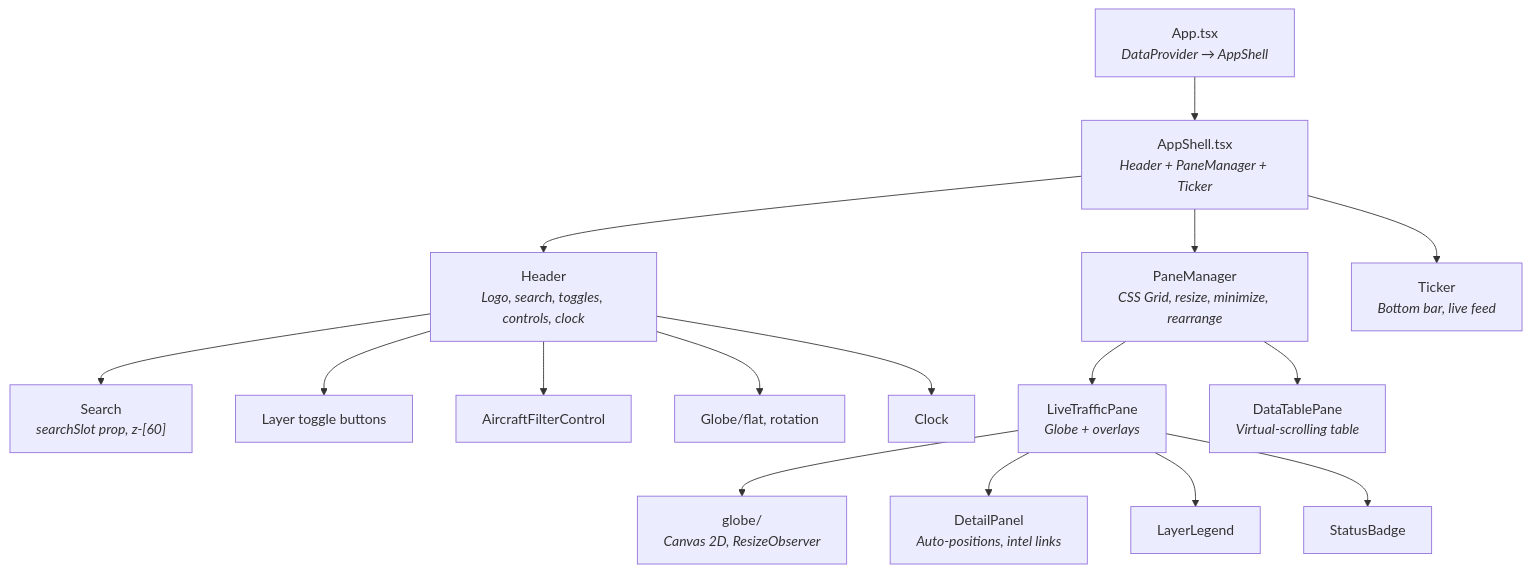
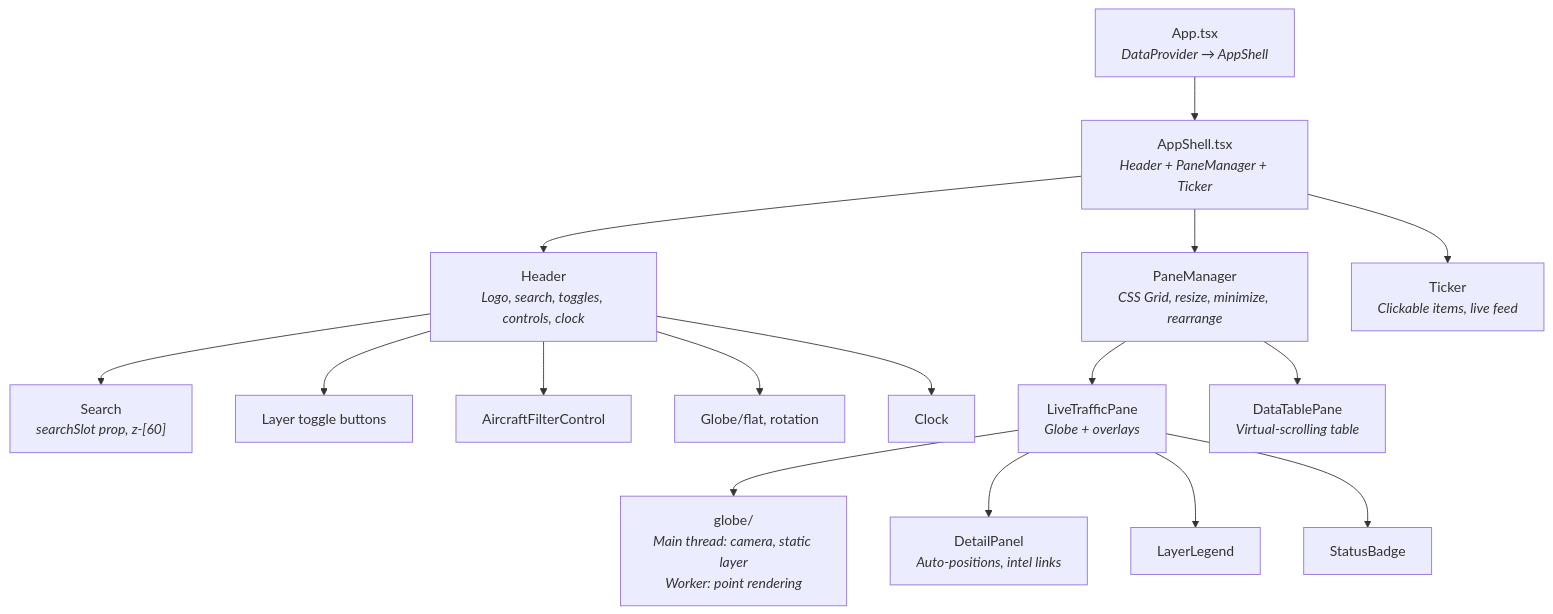
The second of 2 diagrams in docs/architecture.md (iiTONELOC/sigint), drawn with Mermaid before and after one commit. The commit also changed other lines of this file and 16 other files, not shown here.

First line of the commit message:
feat: Web Worker point rendering, split messaging, UX polish, docs update

````diff
--- a/docs/architecture.md
+++ b/docs/architecture.md
@@ -209,23 +230,23 @@
 ```mermaid
 graph TD
     App["App.tsx<br/><i>DataProvider → AppShell</i>"]
     App --> AppShell["AppShell.tsx<br/><i>Header + PaneManager + Ticker</i>"]
 
     AppShell --> Header["Header<br/><i>Logo, search, toggles, controls, clock</i>"]
     Header --> SearchComp["Search<br/><i>searchSlot prop, z-[60]</i>"]
     Header --> LayerToggles["Layer toggle buttons"]
     Header --> AircraftFC["AircraftFilterControl"]
     Header --> ViewControls["Globe/flat, rotation"]
     Header --> Clock["Clock"]
 
     AppShell --> PM["PaneManager<br/><i>CSS Grid, resize, minimize, rearrange</i>"]
     PM --> LTP["LiveTrafficPane<br/><i>Globe + overlays</i>"]
     PM --> DTP["DataTablePane<br/><i>Virtual-scrolling table</i>"]
 
-    LTP --> GlobeViz["globe/<br/><i>Canvas 2D, ResizeObserver</i>"]
+    LTP --> GlobeViz["globe/<br/><i>Main thread: camera, static layer<br/>Worker: point rendering</i>"]
     LTP --> DetailPanel["DetailPanel<br/><i>Auto-positions, intel links</i>"]
     LTP --> LayerLegend["LayerLegend"]
     LTP --> StatusBadge["StatusBadge"]
 
-    AppShell --> Ticker["Ticker<br/><i>Bottom bar, live feed</i>"]
+    AppShell --> Ticker["Ticker<br/><i>Clickable items, live feed</i>"]
 ```
````
